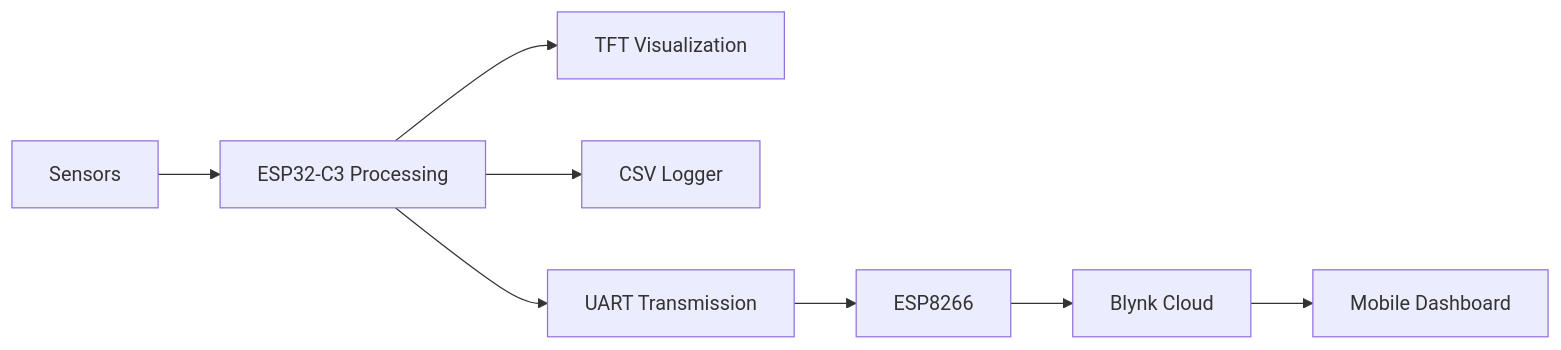
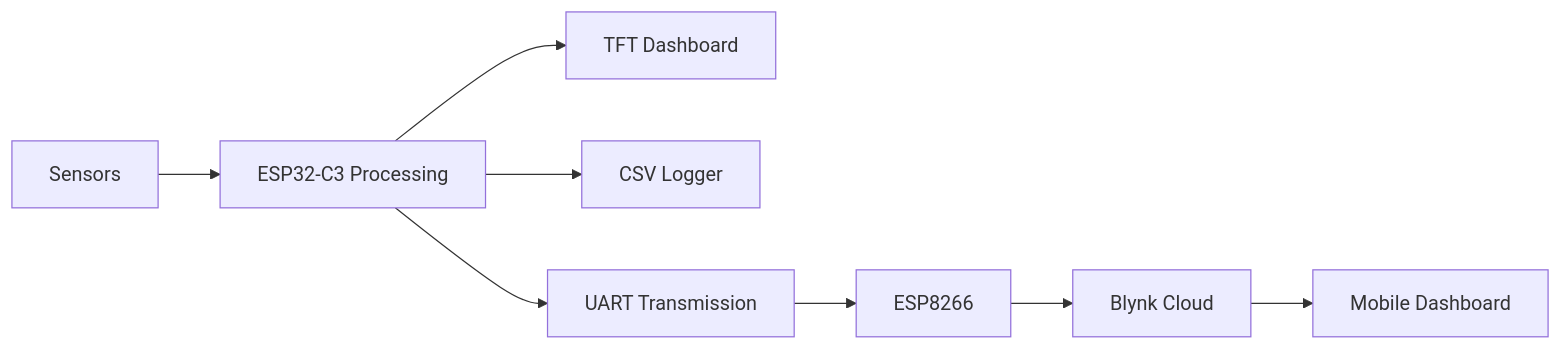
Before and after one commit to Willowwilson78-hub/ESP32_Power_Monitor: the second of 3 diagrams in README.md, drawn with Mermaid. The commit also changed other lines of this file, not shown here.

````diff
--- a/README.md
+++ b/README.md
@@ -94,19 +101,19 @@
 ```mermaid
 flowchart LR
 
 S[Sensors]
 
 S --> P[ESP32-C3 Processing]
 
-P --> TFT[TFT Visualization]
+P --> TFT[TFT Dashboard]
 
 P --> SD[CSV Logger]
 
 P --> UART[UART Transmission]
 
 UART --> E[ESP8266]
 
 E --> CLOUD[Blynk Cloud]
 
 CLOUD --> APP[Mobile Dashboard]
 ```
````
